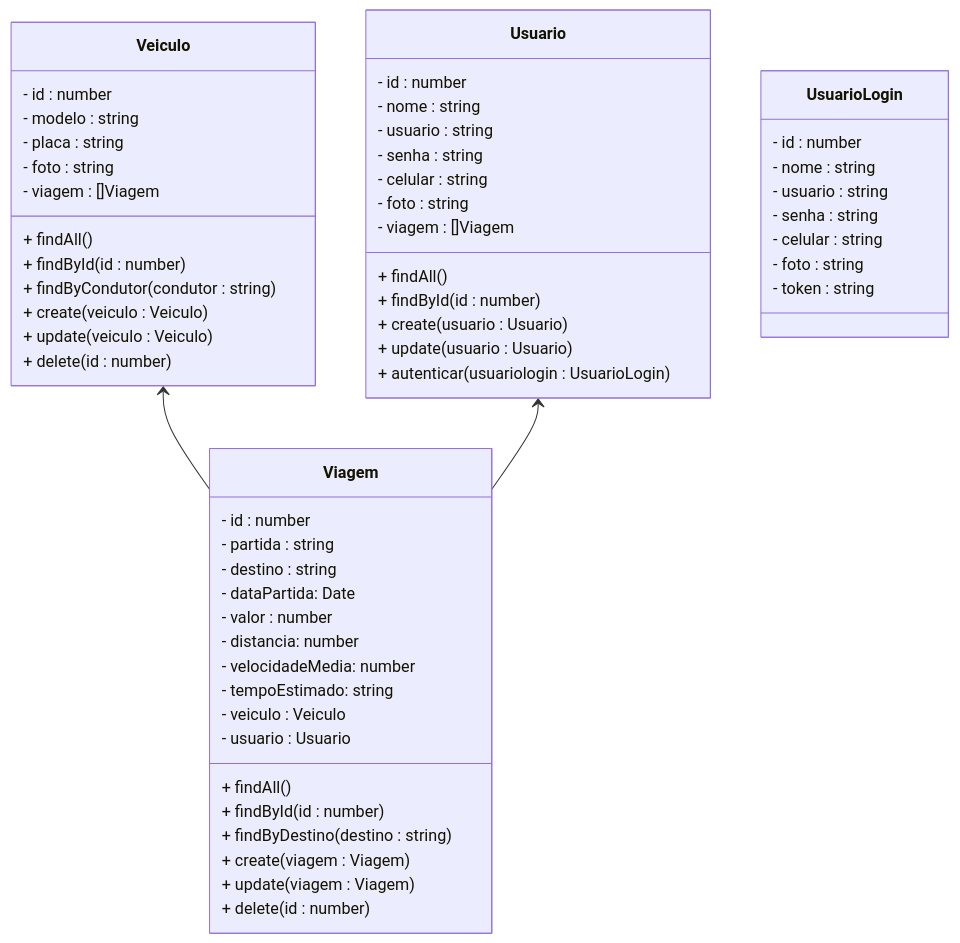
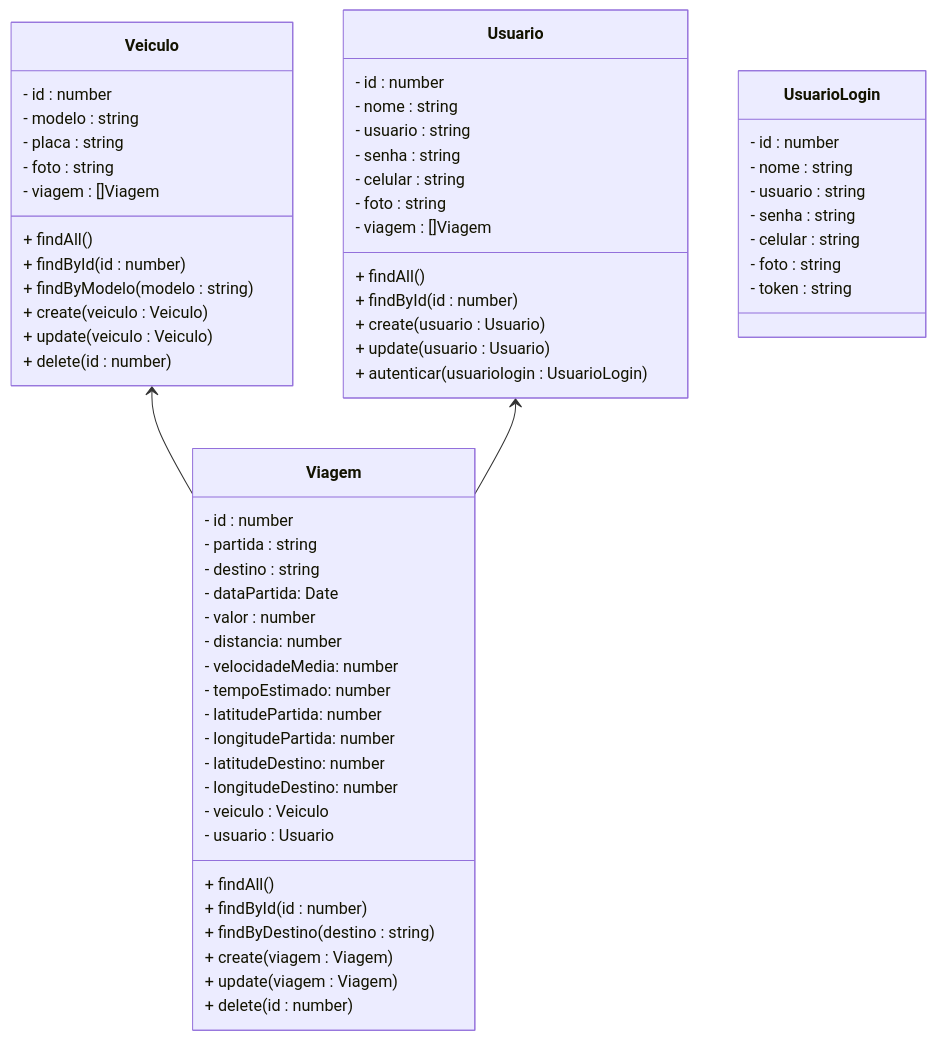
One commit to rafaelq80/carona-nest changed the first of 2 diagrams in README.md. Above: the diagram before and after it, drawn with Mermaid. The commit also changed other lines of this file and 36 other files, not shown here.

````diff
--- a/README.md
+++ b/README.md
@@ -44,59 +88,63 @@
 ```mermaid
 classDiagram
 class Veiculo {
   - id : number
   - modelo : string
   - placa : string
   - foto : string
   - viagem : []Viagem
   + findAll()
   + findById(id : number)
-  + findByCondutor(condutor : string)
+  + findByModelo(modelo : string)
   + create(veiculo : Veiculo)
   + update(veiculo : Veiculo)
   + delete(id : number)
 }
 class Viagem {
   - id : number
   - partida : string
   - destino : string
   - dataPartida: Date
   - valor : number
   - distancia: number
   - velocidadeMedia: number
-  - tempoEstimado: string
+  - tempoEstimado: number
+  - latitudePartida: number
+  - longitudePartida: number
+  - latitudeDestino: number
+  - longitudeDestino: number
   - veiculo : Veiculo
   - usuario : Usuario
   + findAll()
   + findById(id : number)
   + findByDestino(destino : string)
   + create(viagem : Viagem)
   + update(viagem : Viagem)
   + delete(id : number)
 }
 class Usuario {
   - id : number
   - nome : string
   - usuario : string
   - senha : string
   - celular : string
   - foto : string
   - viagem : []Viagem
   + findAll()
   + findById(id : number)
   + create(usuario : Usuario)
   + update(usuario : Usuario)
   + autenticar(usuariologin : UsuarioLogin)
 }
 class UsuarioLogin{
   - id : number
   - nome : string
   - usuario : string
   - senha : string
   - celular : string
   - foto : string
   - token : string
 }
 Veiculo <-- Viagem
 Usuario <-- Viagem
 ```
````
